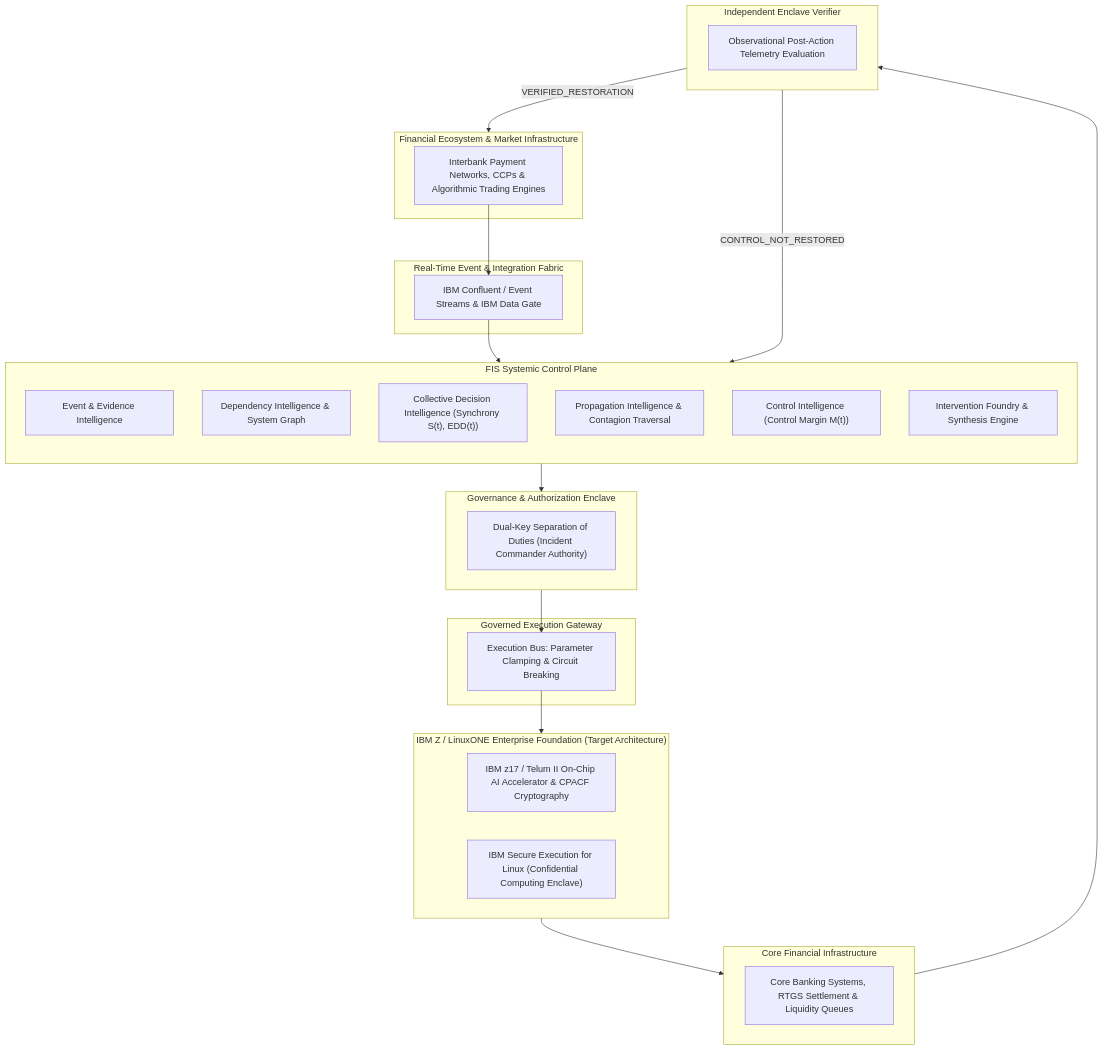
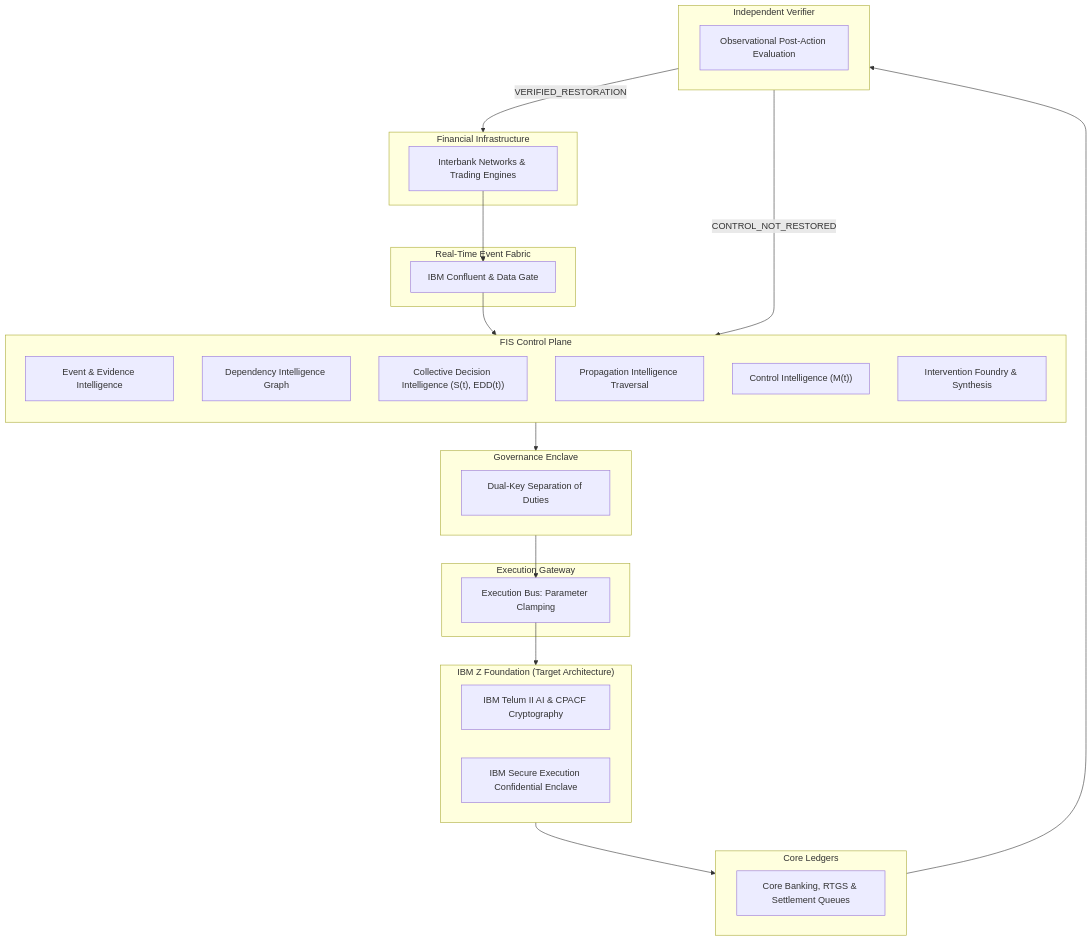
One commit to inesh-2384/datathonproject changed the second of 2 diagrams in README.md. Above: the diagram before and after it, drawn with Mermaid. The commit also changed other lines of this file, not shown here.

````diff
--- a/README.md
+++ b/README.md
@@ -106,51 +100,51 @@
 ```mermaid
 graph TD
-    subgraph Ecosystem ["Financial Ecosystem & Market Infrastructure"]
-        Mkt["Interbank Payment Networks, CCPs & Algorithmic Trading Engines"]
+    subgraph Ecosystem ["Financial Infrastructure"]
+        Mkt["Interbank Networks & Trading Engines"]
     end
 
-    subgraph DataFabric ["Real-Time Event & Integration Fabric"]
-        Fabric["IBM Confluent / Event Streams & IBM Data Gate"]
+    subgraph DataFabric ["Real-Time Event Fabric"]
+        Fabric["IBM Confluent & Data Gate"]
     end
 
-    subgraph ControlPlane ["FIS Systemic Control Plane"]
+    subgraph ControlPlane ["FIS Control Plane"]
         direction TB
         E1["Event & Evidence Intelligence"]
-        E2["Dependency Intelligence & System Graph"]
-        E3["Collective Decision Intelligence (Synchrony S(t), EDD(t))"]
-        E4["Propagation Intelligence & Contagion Traversal"]
-        E5["Control Intelligence (Control Margin M(t))"]
-        E6["Intervention Foundry & Synthesis Engine"]
+        E2["Dependency Intelligence Graph"]
+        E3["Collective Decision Intelligence (S(t), EDD(t))"]
+        E4["Propagation Intelligence Traversal"]
+        E5["Control Intelligence (M(t))"]
+        E6["Intervention Foundry & Synthesis"]
     end
 
-    subgraph Governance ["Governance & Authorization Enclave"]
-        Gov["Dual-Key Separation of Duties (Incident Commander Authority)"]
+    subgraph Governance ["Governance Enclave"]
+        Gov["Dual-Key Separation of Duties"]
     end
 
-    subgraph Execution ["Governed Execution Gateway"]
-        Exec["Execution Bus: Parameter Clamping & Circuit Breaking"]
+    subgraph Execution ["Execution Gateway"]
+        Exec["Execution Bus: Parameter Clamping"]
     end
 
-    subgraph IBMZFoundation ["IBM Z / LinuxONE Enterprise Foundation (Target Architecture)"]
-        Telum["IBM z17 / Telum II On-Chip AI Accelerator & CPACF Cryptography"]
-        SecExec["IBM Secure Execution for Linux (Confidential Computing Enclave)"]
+    subgraph IBMZFoundation ["IBM Z Foundation (Target Architecture)"]
+        Telum["IBM Telum II AI & CPACF Cryptography"]
+        SecExec["IBM Secure Execution Confidential Enclave"]
     end
 
-    subgraph CoreLedgers ["Core Financial Infrastructure"]
-        Core["Core Banking Systems, RTGS Settlement & Liquidity Queues"]
+    subgraph CoreLedgers ["Core Ledgers"]
+        Core["Core Banking, RTGS & Settlement Queues"]
     end
 
-    subgraph VerificationEnclave ["Independent Enclave Verifier"]
-        Indep["Observational Post-Action Telemetry Evaluation"]
+    subgraph VerificationEnclave ["Independent Verifier"]
+        Indep["Observational Post-Action Evaluation"]
     end
 
     Mkt --> Fabric
     Fabric --> ControlPlane
     ControlPlane --> Governance
     Governance --> Exec
     Exec --> IBMZFoundation
     IBMZFoundation --> CoreLedgers
     CoreLedgers --> VerificationEnclave
     VerificationEnclave -->|CONTROL_NOT_RESTORED| ControlPlane
     VerificationEnclave -->|VERIFIED_RESTORATION| Ecosystem
 ```
````
